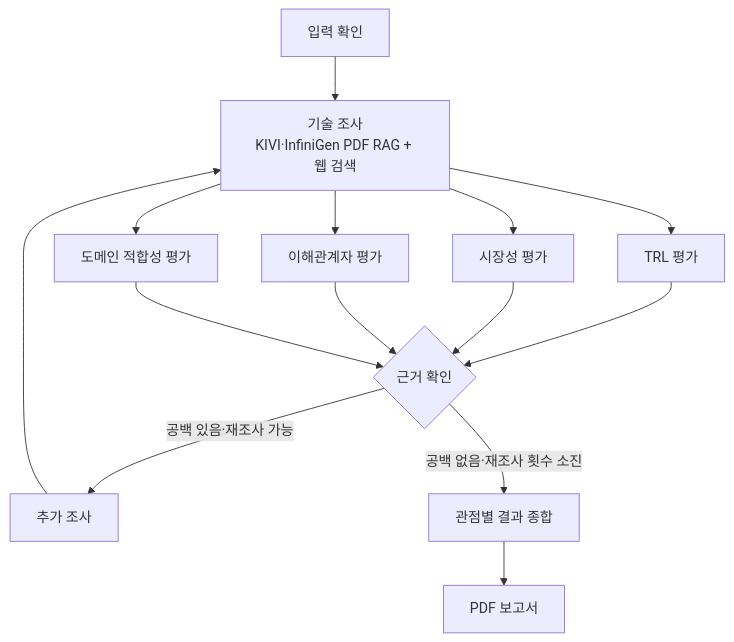
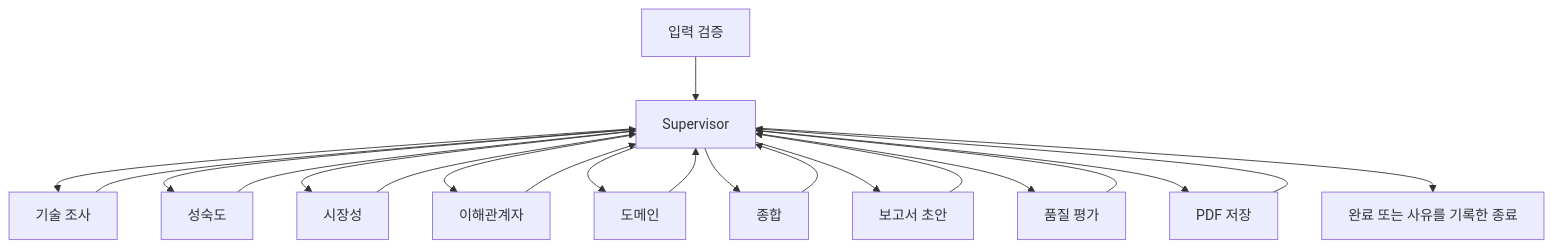
The diagram in README.md (bmh7190/SKALA-RAG-KV-cache), drawn with Mermaid before and after one commit. The commit also changed other lines of this file and 3 other files, not shown here.

````diff
--- a/README.md
+++ b/README.md
@@ -52,13 +76,19 @@
 ```mermaid
 flowchart TD
-    A[입력 확인] --> B[기술 조사<br/>KIVI·InfiniGen PDF RAG + 웹 검색]
-    B --> C[TRL 평가]
-    B --> D[시장성 평가]
-    B --> E[이해관계자 평가]
-    B --> F[도메인 적합성 평가]
-    C & D & E & F --> G{근거 확인}
-    G -->|공백 있음·재조사 가능| H[추가 조사]
-    H --> B
-    G -->|공백 없음·재조사 횟수 소진| I[관점별 결과 종합]
-    I --> J[PDF 보고서]
+    START[입력 검증] --> S[Supervisor]
+    S --> R[기술 조사]
+    S --> M[성숙도]
+    S --> K[시장성]
+    S --> H[이해관계자]
+    S --> D[도메인]
+    R & M & K & H & D --> S
+    S --> Y[종합]
+    Y --> S
+    S --> W[보고서 초안]
+    W --> S
+    S --> Q[품질 평가]
+    Q --> S
+    S --> P[PDF 저장]
+    P --> S
+    S --> E[완료 또는 사유를 기록한 종료]
 ```
````
